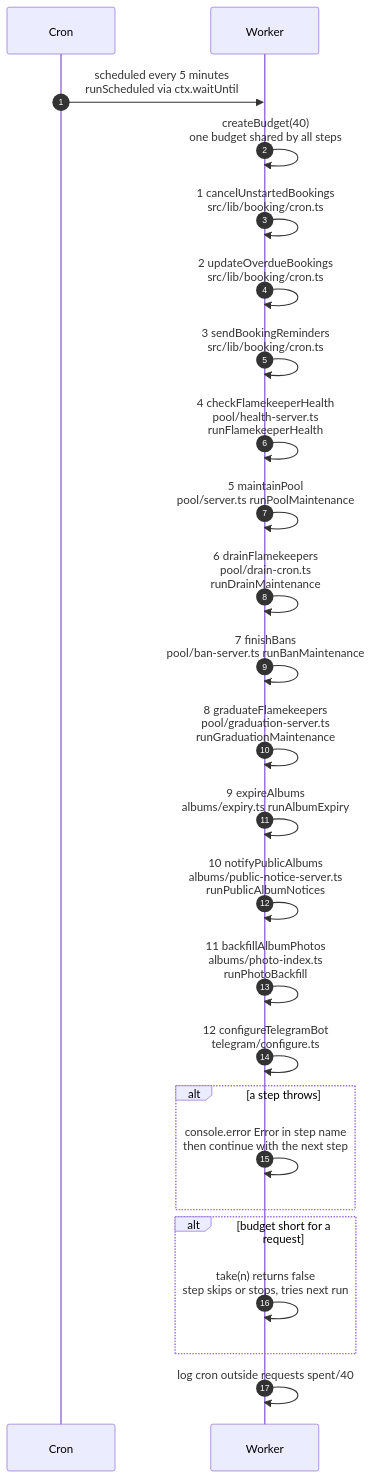
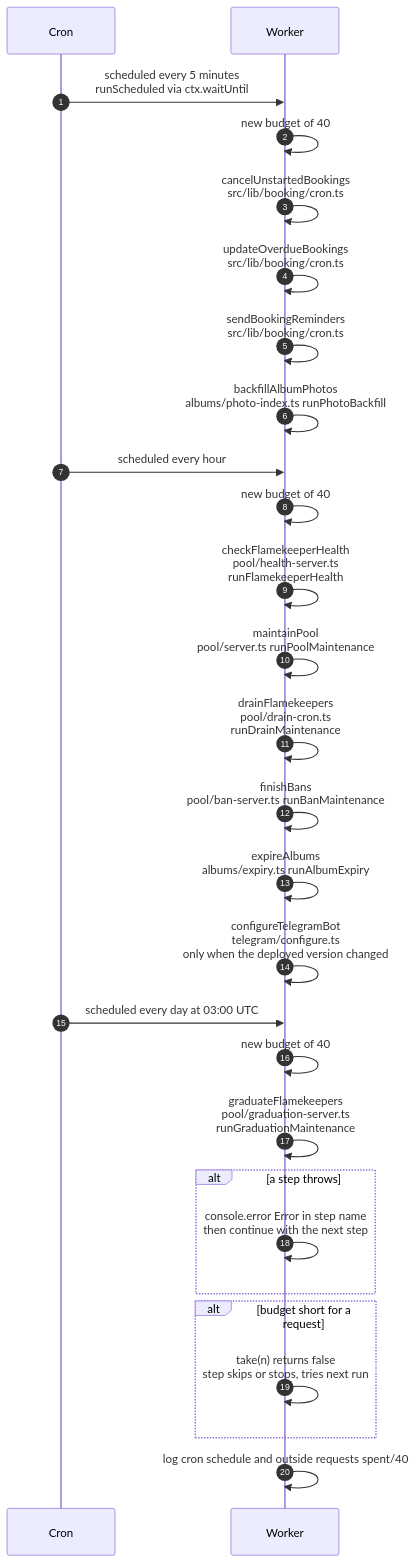
One commit to sagyzdop/meriksirat changed the diagram in docs/scenarios/cron/overview.md. Above: the diagram before and after it, drawn with Mermaid. The commit also changed other lines of this file and 31 other files, not shown here.

````diff
--- a/docs/scenarios/cron/overview.md
+++ b/docs/scenarios/cron/overview.md
@@ -16,27 +19,30 @@
 ```mermaid
 sequenceDiagram
     autonumber
     participant Cron as Cron
     participant Worker as Worker
     Cron->>Worker: scheduled every 5 minutes<br/>runScheduled via ctx.waitUntil
-    Worker->>Worker: createBudget(40)<br/>one budget shared by all steps
-    Worker->>Worker: 1 cancelUnstartedBookings<br/>src/lib/booking/cron.ts
-    Worker->>Worker: 2 updateOverdueBookings<br/>src/lib/booking/cron.ts
-    Worker->>Worker: 3 sendBookingReminders<br/>src/lib/booking/cron.ts
-    Worker->>Worker: 4 checkFlamekeeperHealth<br/>pool/health-server.ts<br/>runFlamekeeperHealth
-    Worker->>Worker: 5 maintainPool<br/>pool/server.ts runPoolMaintenance
-    Worker->>Worker: 6 drainFlamekeepers<br/>pool/drain-cron.ts<br/>runDrainMaintenance
-    Worker->>Worker: 7 finishBans<br/>pool/ban-server.ts runBanMaintenance
-    Worker->>Worker: 8 graduateFlamekeepers<br/>pool/graduation-server.ts<br/>runGraduationMaintenance
-    Worker->>Worker: 9 expireAlbums<br/>albums/expiry.ts runAlbumExpiry
-    Worker->>Worker: 10 notifyPublicAlbums<br/>albums/public-notice-server.ts<br/>runPublicAlbumNotices
-    Worker->>Worker: 11 backfillAlbumPhotos<br/>albums/photo-index.ts<br/>runPhotoBackfill
-    Worker->>Worker: 12 configureTelegramBot<br/>telegram/configure.ts
+    Worker->>Worker: new budget of 40
+    Worker->>Worker: cancelUnstartedBookings<br/>src/lib/booking/cron.ts
+    Worker->>Worker: updateOverdueBookings<br/>src/lib/booking/cron.ts
+    Worker->>Worker: sendBookingReminders<br/>src/lib/booking/cron.ts
+    Worker->>Worker: backfillAlbumPhotos<br/>albums/photo-index.ts runPhotoBackfill
+    Cron->>Worker: scheduled every hour
+    Worker->>Worker: new budget of 40
+    Worker->>Worker: checkFlamekeeperHealth<br/>pool/health-server.ts<br/>runFlamekeeperHealth
+    Worker->>Worker: maintainPool<br/>pool/server.ts runPoolMaintenance
+    Worker->>Worker: drainFlamekeepers<br/>pool/drain-cron.ts<br/>runDrainMaintenance
+    Worker->>Worker: finishBans<br/>pool/ban-server.ts runBanMaintenance
+    Worker->>Worker: expireAlbums<br/>albums/expiry.ts runAlbumExpiry
+    Worker->>Worker: configureTelegramBot<br/>telegram/configure.ts<br/>only when the deployed version changed
+    Cron->>Worker: scheduled every day at 03:00 UTC
+    Worker->>Worker: new budget of 40
+    Worker->>Worker: graduateFlamekeepers<br/>pool/graduation-server.ts<br/>runGraduationMaintenance
     alt a step throws
         Worker->>Worker: console.error Error in step name<br/>then continue with the next step
     end
     alt budget short for a request
         Worker->>Worker: take(n) returns false<br/>step skips or stops, tries next run
     end
-    Worker->>Worker: log cron outside requests spent/40
+    Worker->>Worker: log cron schedule and outside requests spent/40
 ```
````
